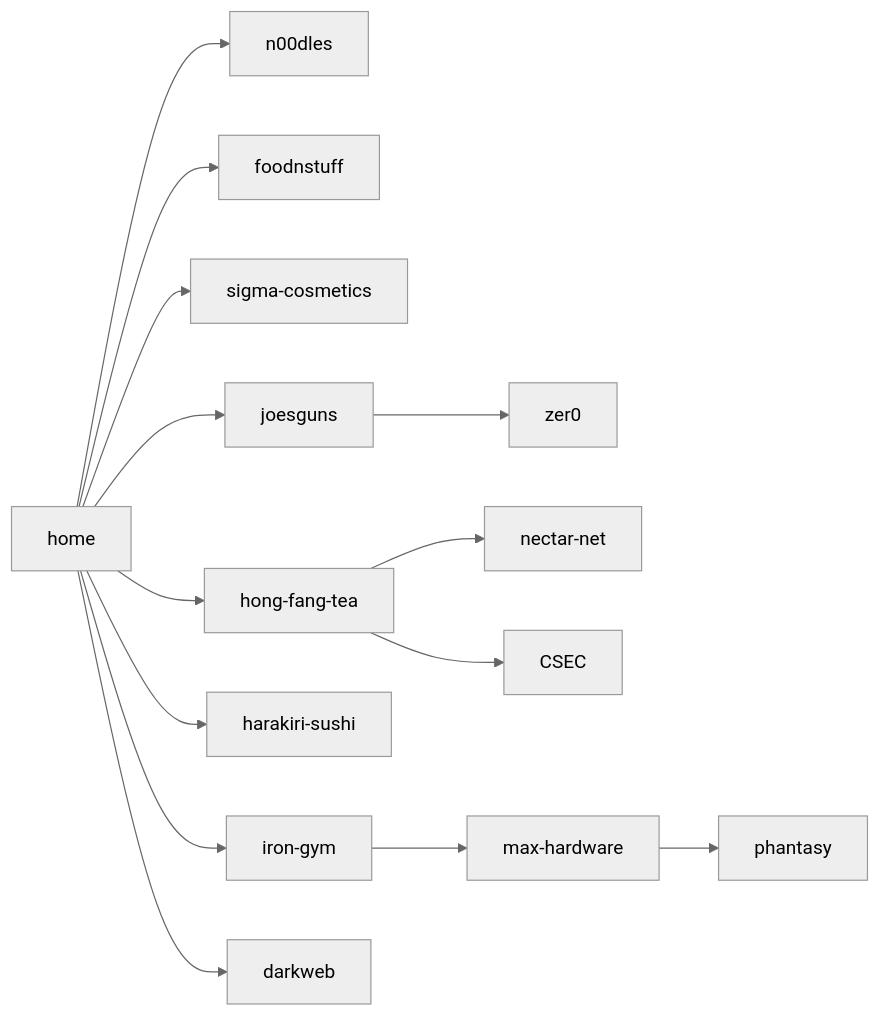
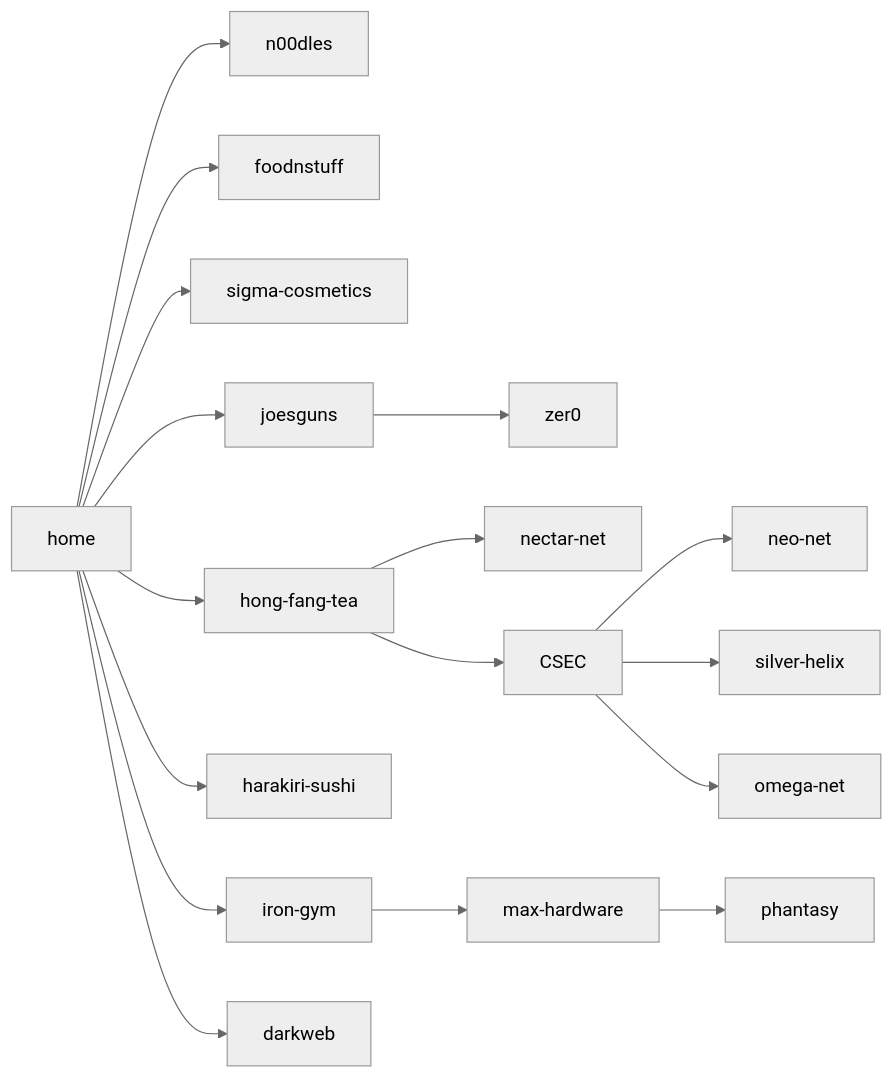
Before and after one commit to edernucci/bitburner-network-map: the diagram in README.md, drawn with Mermaid (neutral theme).

````diff
--- a/README.md
+++ b/README.md
@@ -3,20 +3,24 @@
 ```mermaid
 flowchart LR
   home --> n00dles
   home --> foodnstuff
   home --> sigma-cosmetics
   home --> joesguns
   home --> hong-fang-tea
   home --> harakiri-sushi
   home --> iron-gym
   home --> darkweb
   
   joesguns --> zer0
   
   hong-fang-tea --> nectar-net
   hong-fang-tea --> CSEC
   
   iron-gym --> max-hardware
   
   max-hardware --> phantasy
+  
+  CSEC --> neo-net
+  CSEC --> silver-helix
+  CSEC --> omega-net
 ```
````
